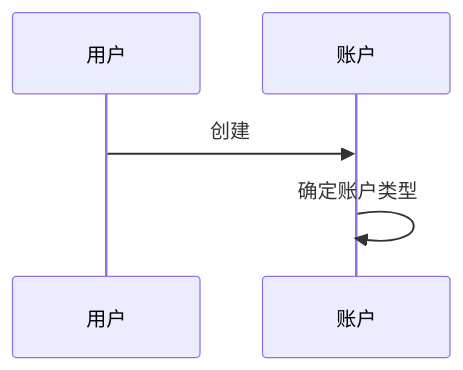
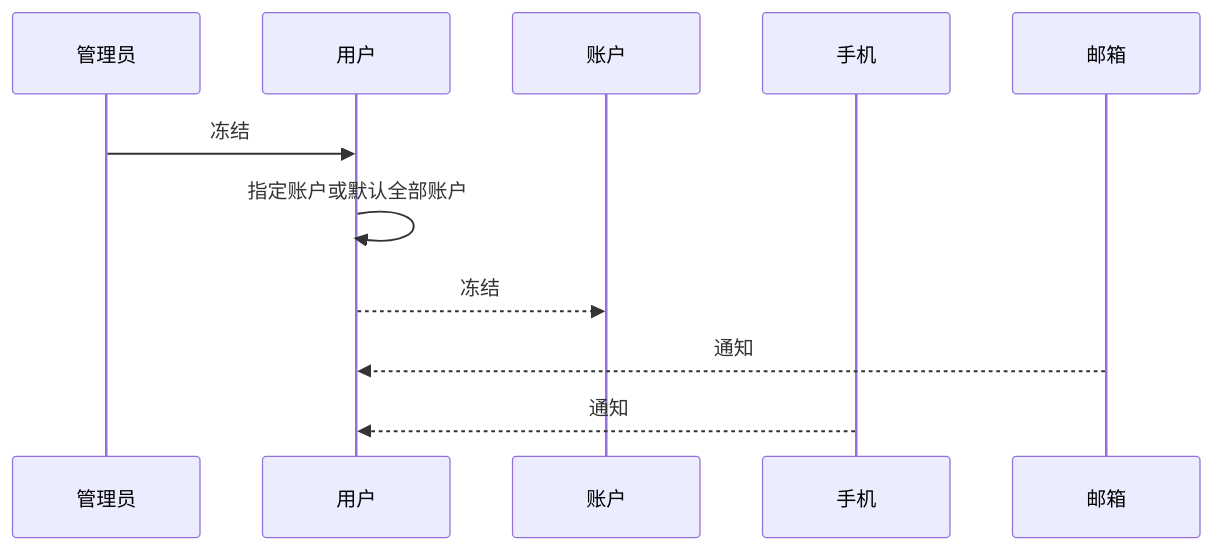
One commit to neomaclin/designdoc changed the fourth of 6 diagrams in Readme.md. Above: the diagram before and after it, drawn with Mermaid. The commit also changed other lines of this file, not shown here.

````diff
--- a/Readme.md
+++ b/Readme.md
@@ -66,10 +71,16 @@
 ```mermaid
 
 sequenceDiagram
-    participant U as 用户
-    participant A as 账户
+    participant s as 管理员
+    participant u as 用户
+    participant a as 账户
+    participant p as 手机
+    participant m as 邮箱
 
-    U->>A: 创建
-    A->>A: 确定账户类型
+    s->>u: 冻结
+    u->>u: 指定账户或默认全部账户
+    u-->>a: 冻结
+    m-->>u: 通知
+    p-->>u: 通知
 
 ```
````
